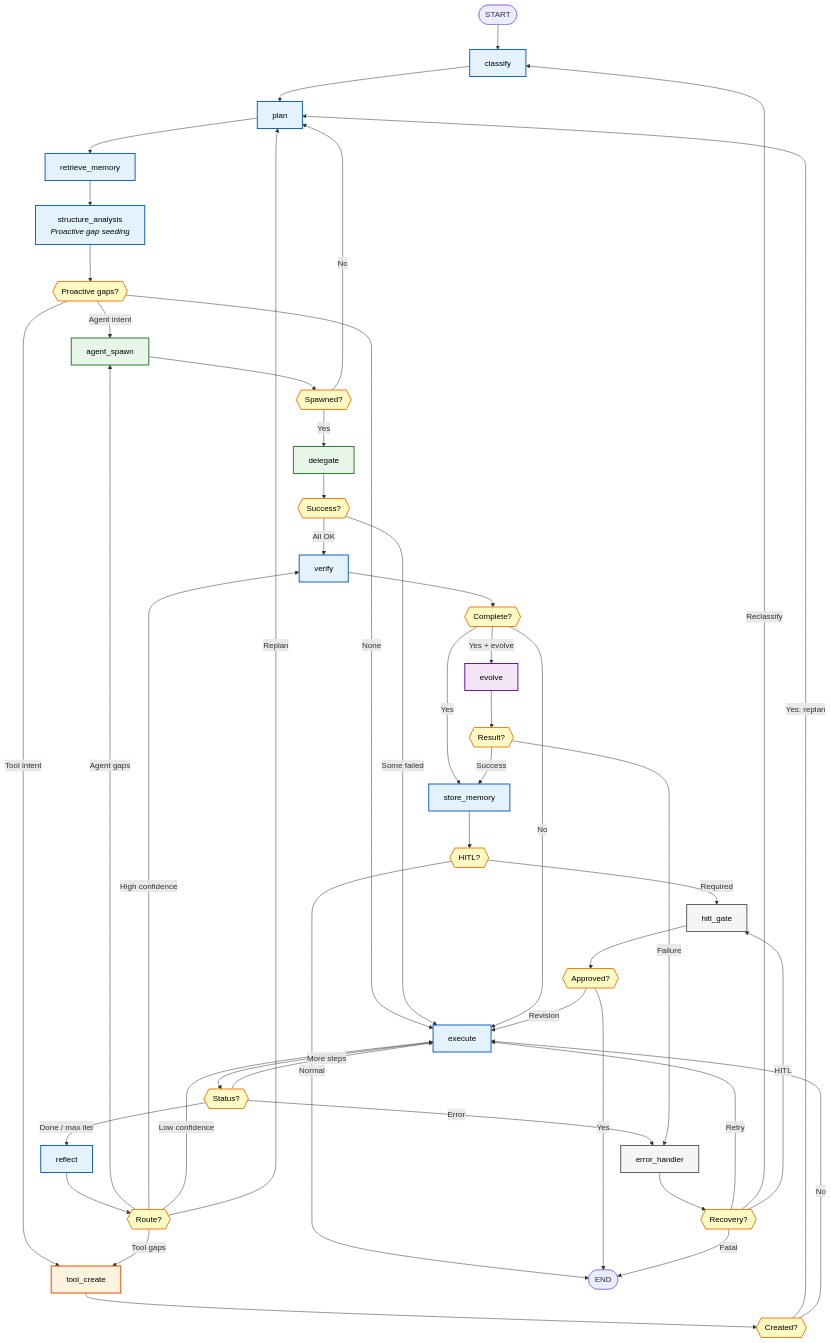
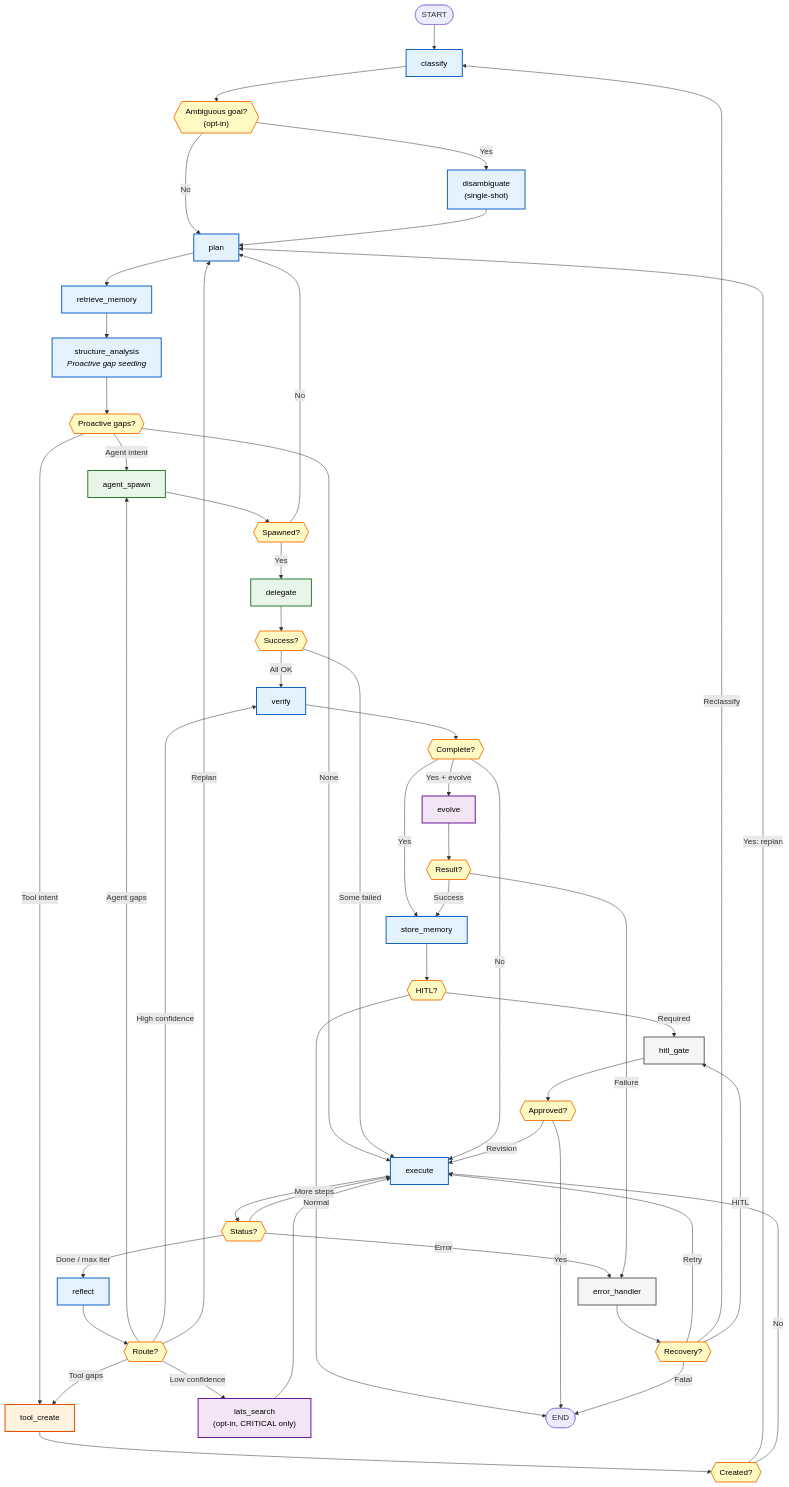
The fourth of 8 diagrams in docs/ARCHITECTURE.md (agarwalamit081/evolutionary-agents), drawn with Mermaid before and after one commit. The commit also changed other lines of this file, not shown here.

First line of the commit message:
docs: refresh ARCHITECTURE.md against shipped code

````diff
--- a/docs/ARCHITECTURE.md
+++ b/docs/ARCHITECTURE.md
@@ -216,66 +221,71 @@
 ```mermaid
 flowchart TD
     START([START]) --> classify["classify"]:::blue
-    classify --> plan["plan"]:::blue
+    classify --> disamb{{"Ambiguous goal?<br/>(opt-in)"}}:::decision
+    disamb -- "Yes" --> dis["disambiguate<br/>(single-shot)"]:::blue
+    disamb -- "No" --> plan["plan"]:::blue
+    dis --> plan
     plan --> retrieve["retrieve_memory"]:::blue
     retrieve --> struct["structure_analysis<br/><i>Proactive gap seeding</i>"]:::blue
     struct --> struct_r{{"Proactive gaps?"}}
     struct_r -- "Agent intent" --> spawn["agent_spawn"]:::green
     struct_r -- "Tool intent" --> tc["tool_create"]:::orange
     struct_r -- "None" --> execute["execute"]:::blue
 
     execute --> exec_r{{"Status?"}}
     exec_r -- "More steps" --> execute
     exec_r -- "Done / max iter" --> reflect["reflect"]:::blue
     exec_r -- "Error" --> error["error_handler"]:::gray
 
     reflect --> reflect_r{{"Route?"}}
     reflect_r -- "Agent gaps" --> spawn
     reflect_r -- "Tool gaps" --> tc
     reflect_r -- "High confidence" --> verify["verify"]:::blue
-    reflect_r -- "Low confidence" --> execute
+    reflect_r -- "Low confidence" --> lats["lats_search<br/>(opt-in, CRITICAL only)"]:::purple
     reflect_r -- "Replan" --> plan
+
+    lats --> execute
 
     spawn --> spawn_r{{"Spawned?"}}
     spawn_r -- "Yes" --> delegate["delegate"]:::green
     spawn_r -- "No" --> plan
 
     tc --> tc_r{{"Created?"}}
     tc_r -- "Yes: replan" --> plan
     tc_r -- "No" --> execute
 
     delegate --> del_r{{"Success?"}}
     del_r -- "All OK" --> verify
     del_r -- "Some failed" --> execute
 
     verify --> verify_r{{"Complete?"}}
     verify_r -- "Yes + evolve" --> evolve["evolve"]:::purple
     verify_r -- "Yes" --> store["store_memory"]:::blue
     verify_r -- "No" --> execute
 
     evolve --> evolve_r{{"Result?"}}
     evolve_r -- "Success" --> store
     evolve_r -- "Failure" --> error
 
     store --> store_r{{"HITL?"}}
     store_r -- "Required" --> hitl["hitl_gate"]:::gray
     store_r -- "Normal" --> END([END])
 
     hitl --> hitl_r{{"Approved?"}}
     hitl_r -- "Yes" --> END
     hitl_r -- "Revision" --> execute
 
     error --> error_r{{"Recovery?"}}
     error_r -- "Retry" --> execute
     error_r -- "Reclassify" --> classify
     error_r -- "HITL" --> hitl
     error_r -- "Fatal" --> END
 
     classDef blue fill:#e3f2fd,stroke:#1565c0,stroke-width:2px,color:#000
     classDef orange fill:#fff3e0,stroke:#e65100,stroke-width:2px,color:#000
     classDef green fill:#e8f5e9,stroke:#2e7d32,stroke-width:2px,color:#000
     classDef purple fill:#f3e5f5,stroke:#6a1b9a,stroke-width:2px,color:#000
     classDef gray fill:#f5f5f5,stroke:#616161,stroke-width:2px,color:#000
     classDef decision fill:#fff9c4,stroke:#f57f17,stroke-width:2px,color:#000
-    class struct_r,exec_r,reflect_r,spawn_r,tc_r,del_r,verify_r,evolve_r,store_r,hitl_r,error_r decision
+    class disamb,struct_r,exec_r,reflect_r,spawn_r,tc_r,del_r,verify_r,evolve_r,store_r,hitl_r,error_r decision
 ```
````
